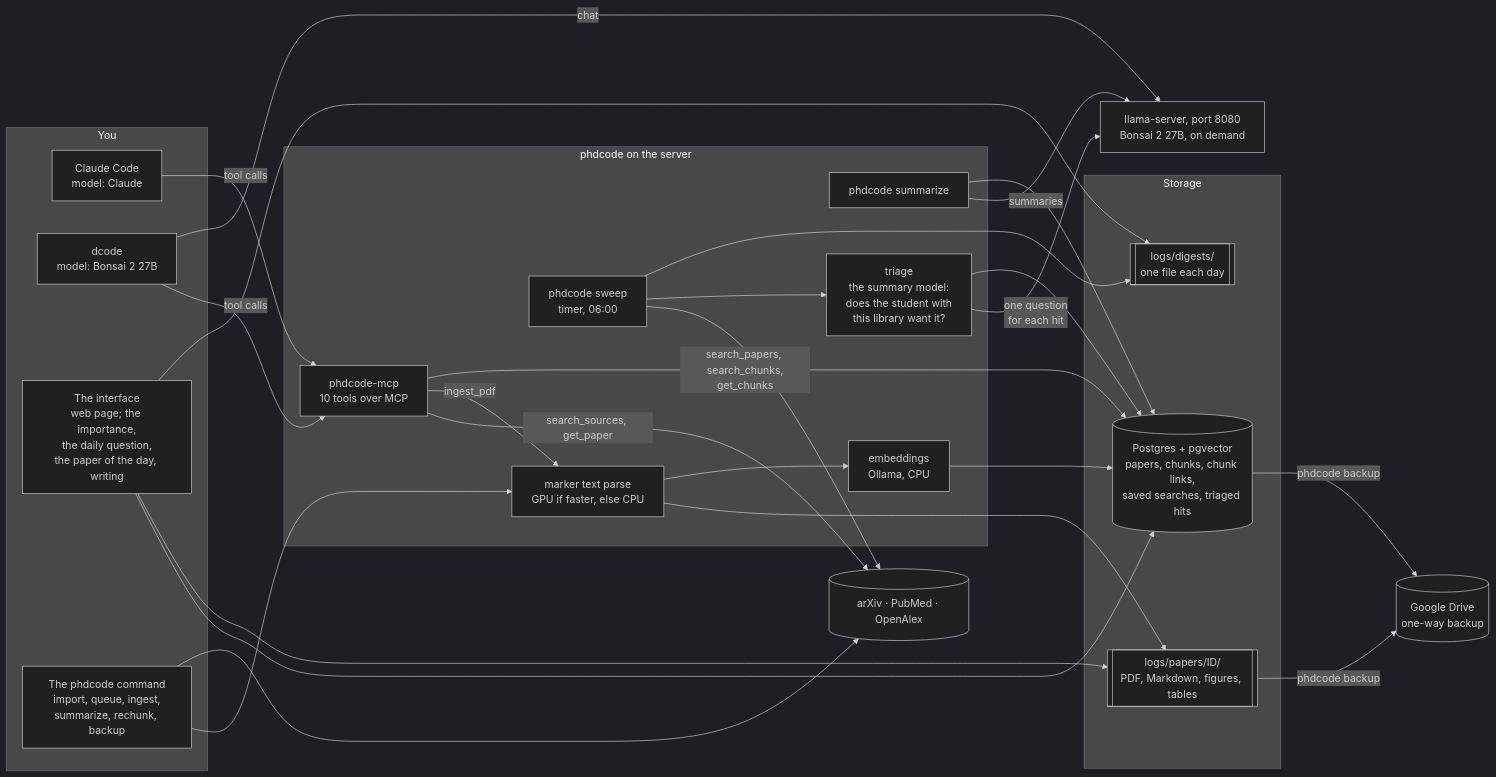
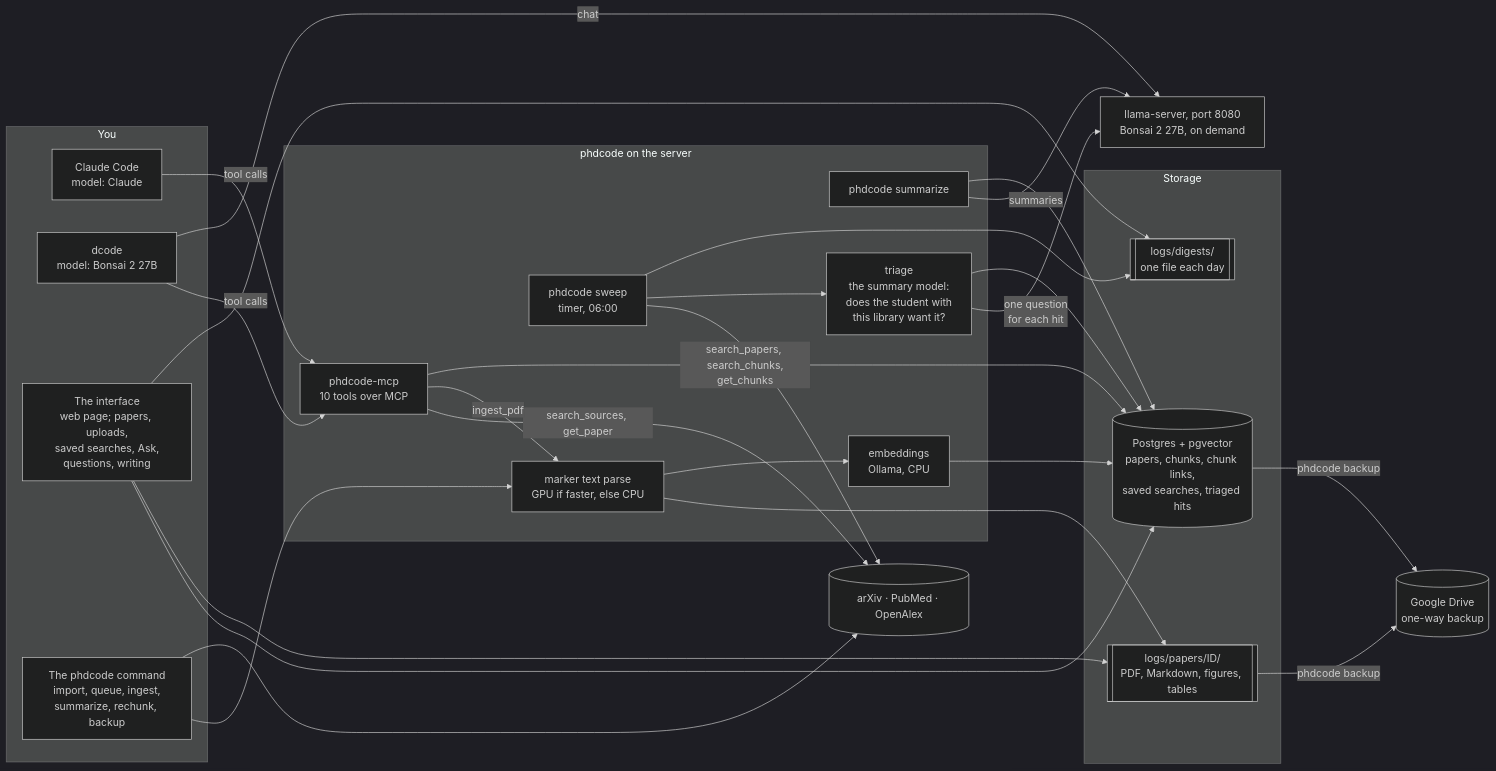
One commit to fuminaba/phdcode changed the first of 6 diagrams in docs/how-it-works.md. Above: the diagram before and after it, drawn with Mermaid (dark theme). The commit also changed 15 other files, not shown here.

````diff
--- a/docs/how-it-works.md
+++ b/docs/how-it-works.md
@@ -7,48 +7,48 @@
 ```mermaid
 flowchart LR
   subgraph you["You"]
     CC["Claude Code<br/>model: Claude"]
     DC["dcode<br/>model: Bonsai 2 27B"]
-    UI["The interface<br/>web page; the importance,<br/>the daily question,<br/>the paper of the day, writing"]
+    UI["The interface<br/>web page; papers, uploads,<br/>saved searches, Ask,<br/>questions, writing"]
     CLI["The phdcode command<br/>import, queue, ingest,<br/>summarize, rechunk, backup"]
   end
   subgraph phd["phdcode on the server"]
     MCP["phdcode-mcp<br/>10 tools over MCP"]
     SW["phdcode sweep<br/>timer, 06:00"]
     SUM["phdcode summarize"]
     PARSE["marker text parse<br/>GPU if faster, else CPU"]
     EMB["embeddings<br/>Ollama, CPU"]
     TRI["triage<br/>the summary model:<br/>does the student with<br/>this library want it?"]
   end
   subgraph store["Storage"]
     PG[("Postgres + pgvector<br/>papers, chunks, chunk links,<br/>saved searches, triaged hits")]
     FILES[["logs/papers/ID/<br/>PDF, Markdown, figures, tables"]]
     DIG[["logs/digests/<br/>one file each day"]]
   end
   SRC[("arXiv · PubMed · OpenAlex")]
   LLM["llama-server, port 8080<br/>Bonsai 2 27B, on demand"]
   DRIVE[("Google Drive<br/>one-way backup")]
   CC -- "tool calls" --> MCP
   DC -- "tool calls" --> MCP
   DC -- "chat" --> LLM
   CLI --> PARSE
   CLI --> SRC
   MCP -- "search_sources, get_paper" --> SRC
   MCP -- "ingest_pdf" --> PARSE
   PARSE --> FILES
   PARSE --> EMB
   EMB --> PG
   MCP -- "search_papers, search_chunks,<br/>get_chunks" --> PG
   SW --> SRC
   SW --> TRI
   TRI -- "one question<br/>for each hit" --> LLM
   TRI --> PG
   SW --> DIG
   SUM -- "summaries" --> LLM
   SUM --> PG
   UI --> PG
   UI --> FILES
   UI --> DIG
   PG -- "phdcode backup" --> DRIVE
   FILES -- "phdcode backup" --> DRIVE
 ```
````
